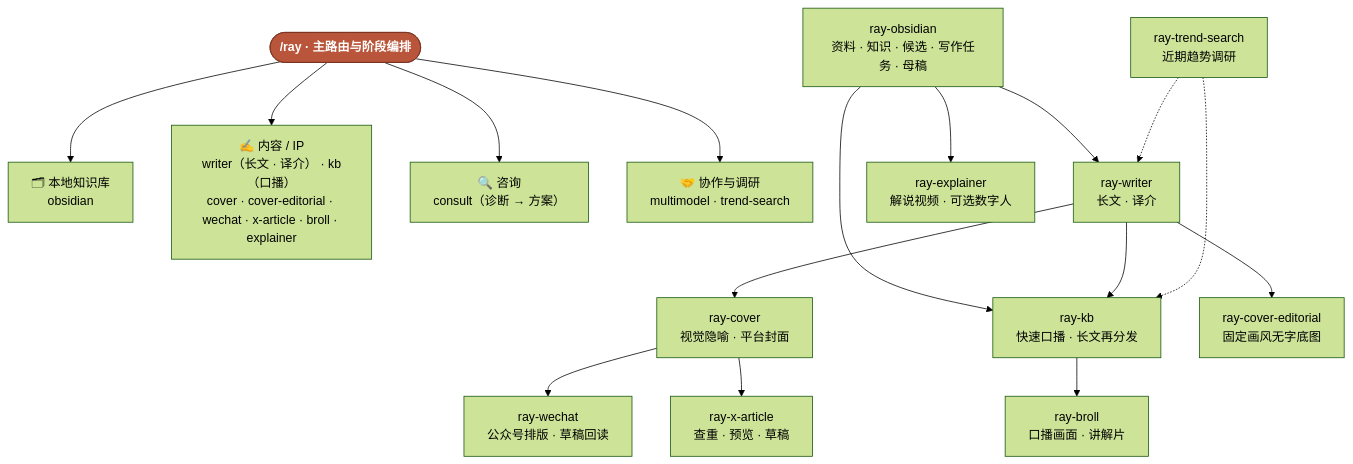
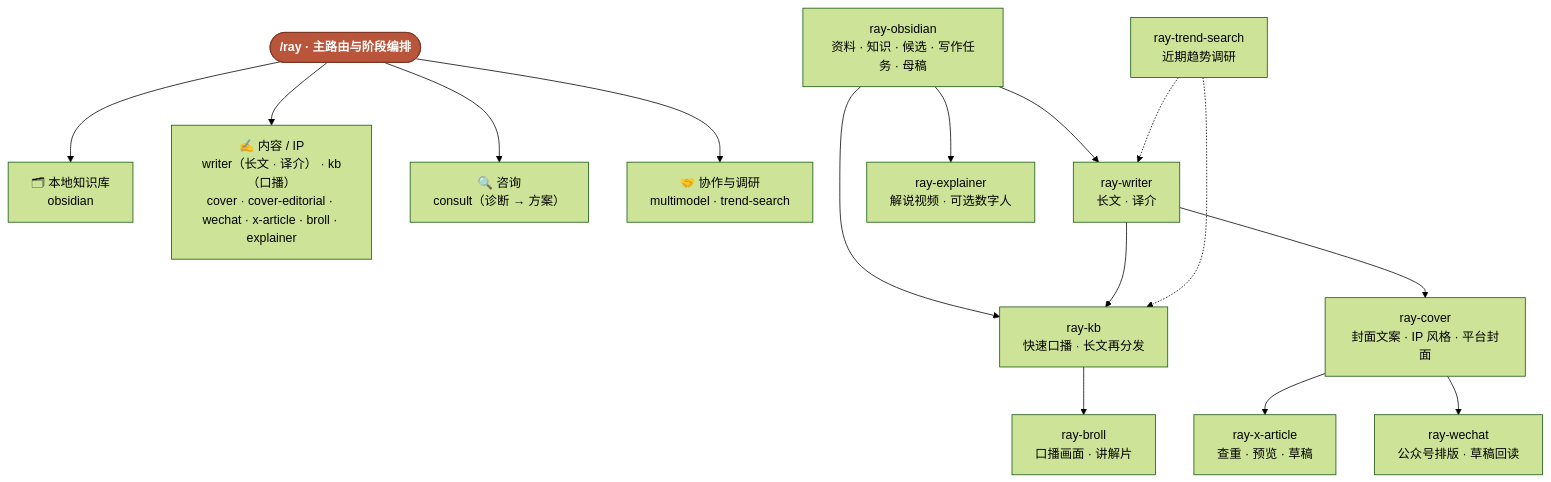
One commit to imraywang/rayskills changed the diagram in README.md. Above: the diagram before and after it, drawn with Mermaid (forest theme). The commit also changed other lines of this file and 93 other files, not shown here.

First line of the commit message:
ray-cover: 合并 ray-cover-editorial，改为 Punk 风格库 + Ray IP，Codex 调 Image 2 出图

````diff
--- a/README.md
+++ b/README.md
@@ -74,23 +73,22 @@
 ```mermaid
 flowchart TD
     RAY(["/ray · 主路由与阶段编排"]):::hub
 
     RAY --> KNOWLEDGE["🗂 本地知识库<br/>obsidian"]
     RAY --> CONTENT["✍️ 内容 / IP<br/>writer（长文 · 译介） · kb（口播）<br/>cover · cover-editorial · wechat · x-article · broll · explainer"]
     RAY --> CONSULT["🔍 咨询<br/>consult（诊断 → 方案）"]
     RAY --> COLLAB["🤝 协作与调研<br/>multimodel · trend-search"]
 
     OBSIDIAN["ray-obsidian<br/>资料 · 知识 · 候选 · 写作任务 · 母稿"] --> WRITER["ray-writer<br/>长文 · 译介"]
-    WRITER --> COVER["ray-cover<br/>视觉隐喻 · 平台封面"]
+    WRITER --> COVER["ray-cover<br/>封面文案 · IP 风格 · 平台封面"]
     OBSIDIAN --> KB["ray-kb<br/>快速口播 · 长文再分发"]
     WRITER --> KB
     KB --> BROLL["ray-broll<br/>口播画面 · 讲解片"]
     OBSIDIAN --> EXPLAINER["ray-explainer<br/>解说视频 · 可选数字人"]
-    WRITER --> COVERED["ray-cover-editorial<br/>固定画风无字底图"]
     TREND["ray-trend-search<br/>近期趋势调研"] -.-> WRITER
     TREND -.-> KB
     COVER --> WECHAT["ray-wechat<br/>公众号排版 · 草稿回读"]
     COVER --> XARTICLE["ray-x-article<br/>查重 · 预览 · 草稿"]
 
     classDef hub fill:#b8553a,stroke:#7a3320,color:#fff,font-weight:bold;
 ```
````
